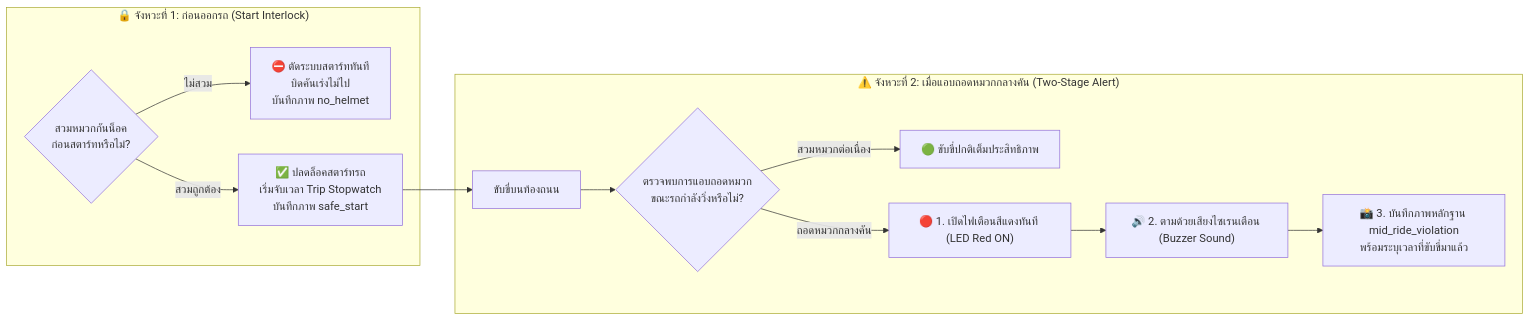
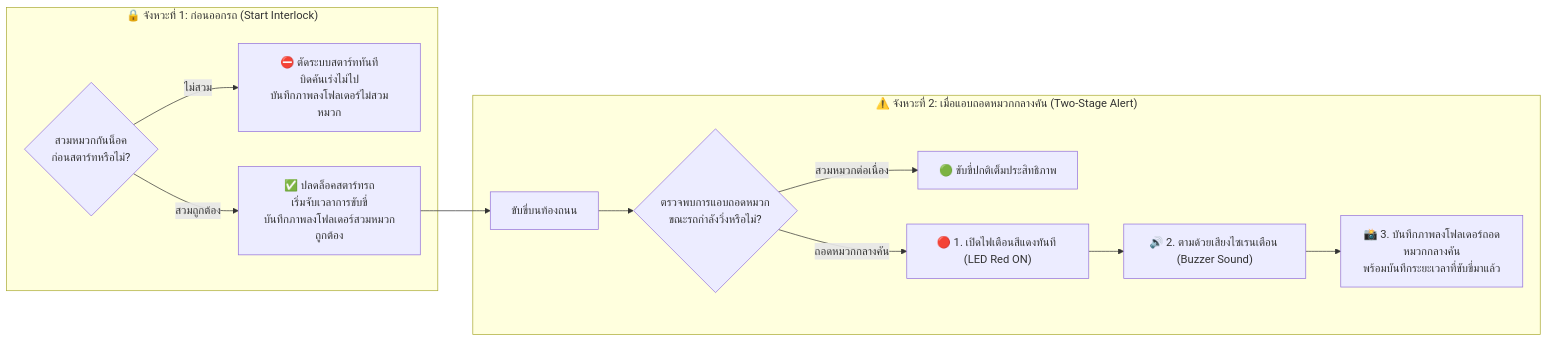
Before and after one commit to sudodok/helmet: the second of 2 diagrams in system_flowchart.md, drawn with Mermaid. The commit also changed other lines of this file, not shown here.

Commit message:
docs: use natural Thai wording for image save folders across flowcharts and table

````diff
--- a/system_flowchart.md
+++ b/system_flowchart.md
@@ -62,17 +62,17 @@
 ```mermaid
 flowchart LR
     subgraph Part1 ["🔒 จังหวะที่ 1: ก่อนออกรถ (Start Interlock)"]
         P1_Check{"สวมหมวกกันน็อค<br/>ก่อนสตาร์ทหรือไม่?"}
-        P1_Check -->|"ไม่สวม"| P1_Lock["⛔ ตัดระบบสตาร์ททันที<br/>บิดคันเร่งไม่ไป<br/>บันทึกภาพ no_helmet"]
-        P1_Check -->|"สวมถูกต้อง"| P1_Unlock["✅ ปลดล็อคสตาร์ทรถ<br/>เริ่มจับเวลา Trip Stopwatch<br/>บันทึกภาพ safe_start"]
+        P1_Check -->|"ไม่สวม"| P1_Lock["⛔ ตัดระบบสตาร์ททันที<br/>บิดคันเร่งไม่ไป<br/>บันทึกภาพลงโฟลเดอร์ไม่สวมหมวก"]
+        P1_Check -->|"สวมถูกต้อง"| P1_Unlock["✅ ปลดล็อคสตาร์ทรถ<br/>เริ่มจับเวลาการขับขี่<br/>บันทึกภาพลงโฟลเดอร์สวมหมวกถูกต้อง"]
     end
 
     subgraph Part2 ["⚠️ จังหวะที่ 2: เมื่อแอบถอดหมวกกลางคัน (Two-Stage Alert)"]
         P1_Unlock --> P2_Ride["ขับขี่บนท้องถนน"]
         P2_Ride --> P2_Check{"ตรวจพบการแอบถอดหมวก<br/>ขณะรถกำลังวิ่งหรือไม่?"}
         P2_Check -->|"สวมหมวกต่อเนื่อง"| P2_Normal["🟢 ขับขี่ปกติเต็มประสิทธิภาพ"]
         P2_Check -->|"ถอดหมวกกลางคัน"| P2_Stage1["🔴 1. เปิดไฟเตือนสีแดงทันที (LED Red ON)"]
         P2_Stage1 --> P2_Stage2["🔊 2. ตามด้วยเสียงไซเรนเตือน (Buzzer Sound)"]
-        P2_Stage2 --> P2_Save["📸 3. บันทึกภาพหลักฐาน mid_ride_violation<br/>พร้อมระบุเวลาที่ขับขี่มาแล้ว"]
+        P2_Stage2 --> P2_Save["📸 3. บันทึกภาพลงโฟลเดอร์ถอดหมวกกลางคัน<br/>พร้อมบันทึกระยะเวลาที่ขับขี่มาแล้ว"]
     end
 ```
````
